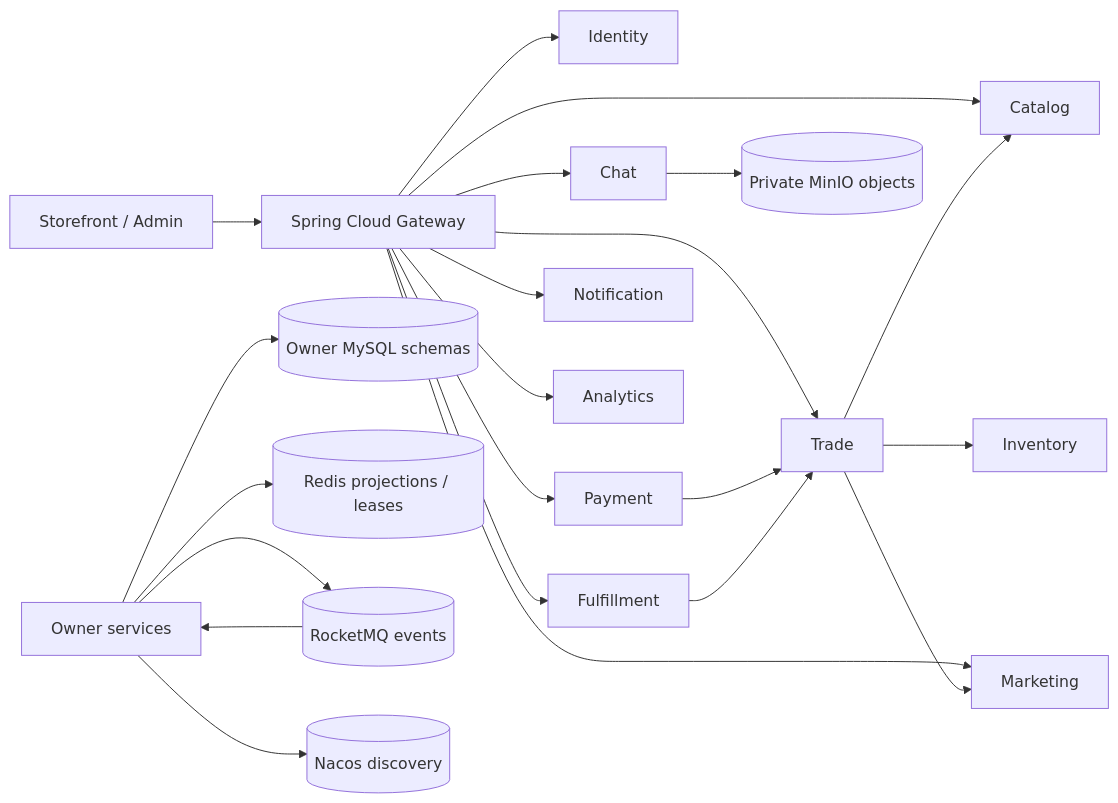
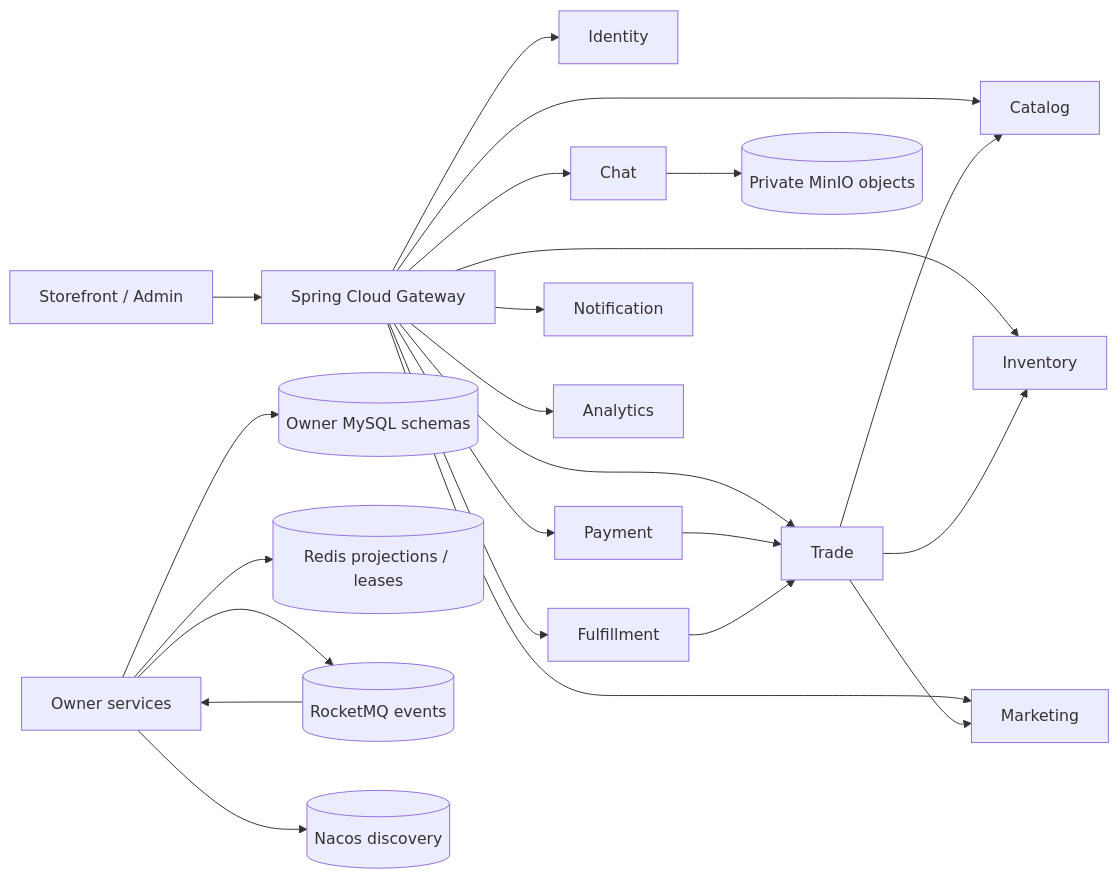
The diagram in README.md (NoctilumeDev/PlainJournal), drawn with Mermaid before and after one commit. The commit also changed other lines of this file and 24 other files, not shown here.

Commit message:
docs: publish visual architecture guides

````diff
--- a/README.md
+++ b/README.md
@@ -49,27 +63,28 @@
 ```mermaid
 flowchart LR
     Browser["Storefront / Admin"] --> Gateway["Spring Cloud Gateway"]
     Gateway --> Identity["Identity"]
     Gateway --> Catalog["Catalog"]
+    Gateway --> Inventory["Inventory"]
     Gateway --> Trade["Trade"]
     Gateway --> Payment["Payment"]
     Gateway --> Fulfillment["Fulfillment"]
     Gateway --> Marketing["Marketing"]
     Gateway --> Chat["Chat"]
     Gateway --> Notification["Notification"]
     Gateway --> Analytics["Analytics"]
 
-    Trade --> Inventory["Inventory"]
+    Trade --> Inventory
     Trade --> Catalog
     Trade --> Marketing
     Payment --> Trade
     Fulfillment --> Trade
 
     Services["Owner services"] --> MySQL[("Owner MySQL schemas")]
     Services --> Redis[("Redis projections / leases")]
     Services --> RocketMQ[("RocketMQ events")]
     Services --> Nacos[("Nacos discovery")]
     Chat --> MinIO[("Private MinIO objects")]
 
     RocketMQ --> Services
 ```
````
